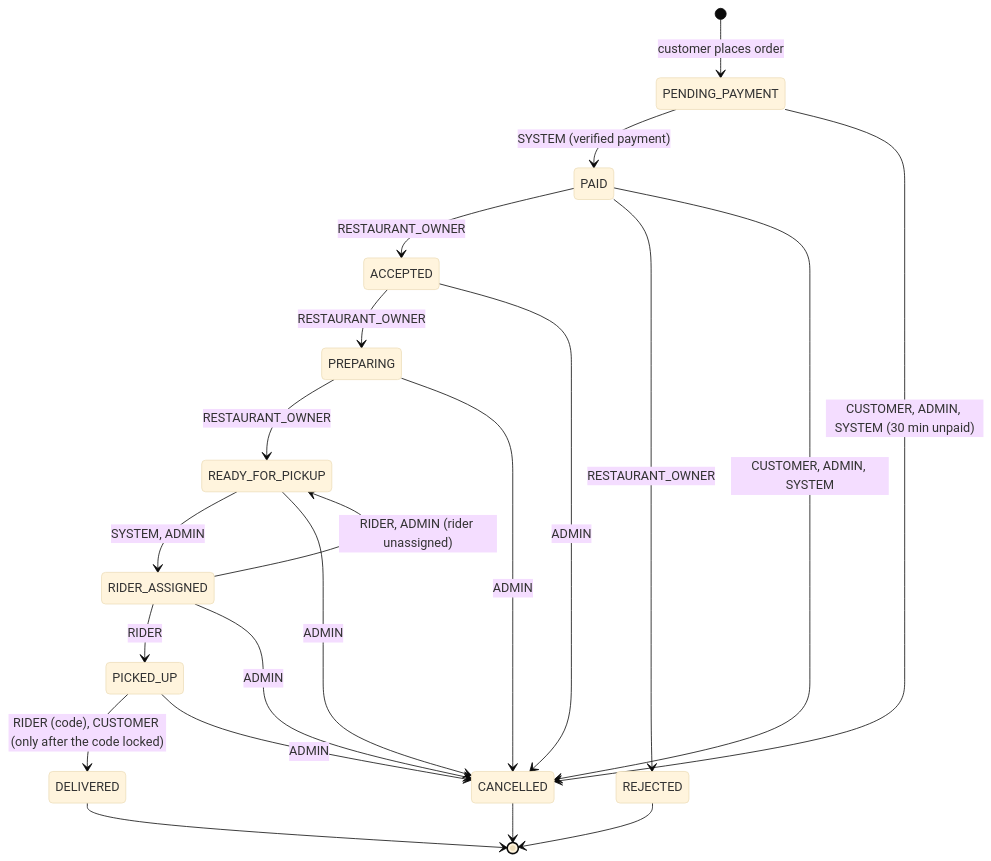
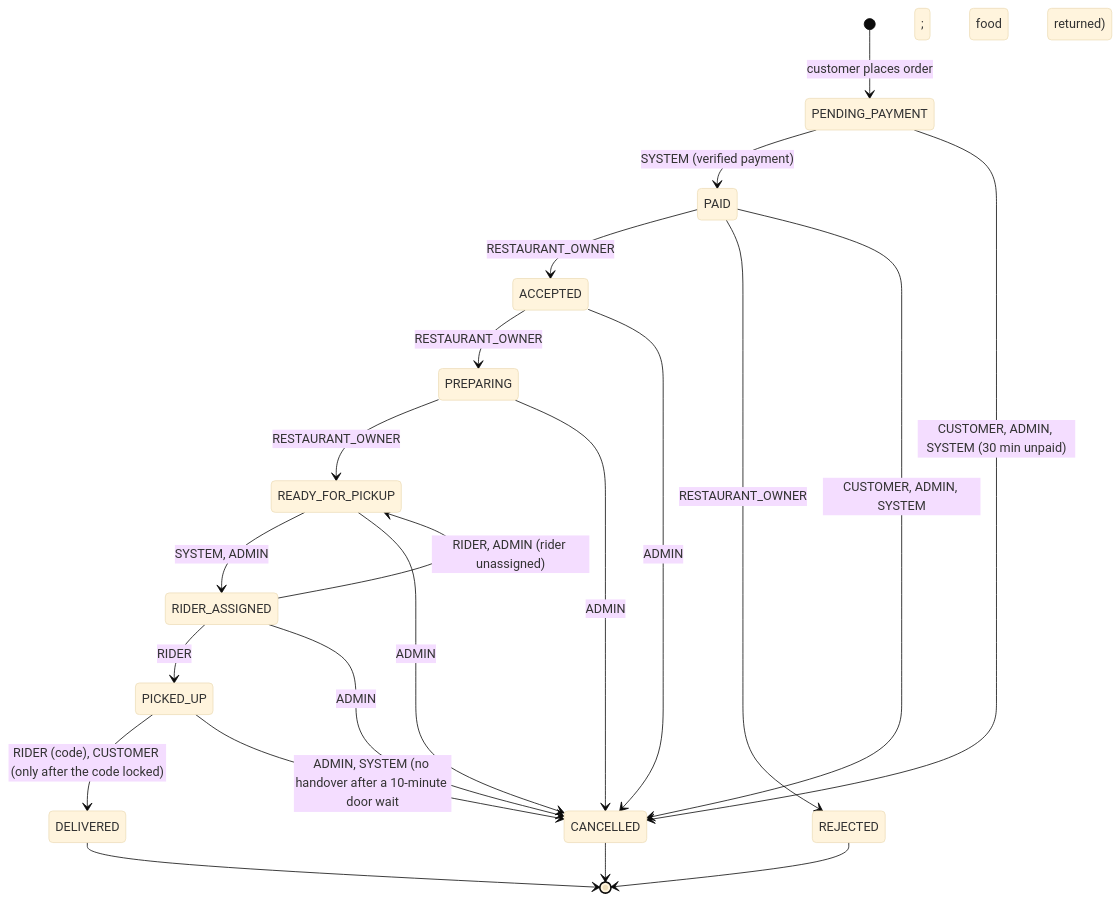
Before and after one commit to localcodetech/cibushub: the diagram in docs/order-state-machine.md, drawn with Mermaid (base theme). The commit also changed 43 other files, not shown here.

````diff
--- a/docs/order-state-machine.md
+++ b/docs/order-state-machine.md
@@ -5,23 +5,23 @@
 ```mermaid
 stateDiagram-v2
     [*] --> PENDING_PAYMENT : customer places order
     PENDING_PAYMENT --> PAID : SYSTEM (verified payment)
     PENDING_PAYMENT --> CANCELLED : CUSTOMER, ADMIN, SYSTEM (30 min unpaid)
     PAID --> ACCEPTED : RESTAURANT_OWNER
     PAID --> REJECTED : RESTAURANT_OWNER
     PAID --> CANCELLED : CUSTOMER, ADMIN, SYSTEM
     ACCEPTED --> PREPARING : RESTAURANT_OWNER
     PREPARING --> READY_FOR_PICKUP : RESTAURANT_OWNER
     READY_FOR_PICKUP --> RIDER_ASSIGNED : SYSTEM, ADMIN
     RIDER_ASSIGNED --> PICKED_UP : RIDER
     RIDER_ASSIGNED --> READY_FOR_PICKUP : RIDER, ADMIN (rider unassigned)
     PICKED_UP --> DELIVERED : RIDER (code), CUSTOMER (only after the code locked)
     ACCEPTED --> CANCELLED : ADMIN
     PREPARING --> CANCELLED : ADMIN
     READY_FOR_PICKUP --> CANCELLED : ADMIN
     RIDER_ASSIGNED --> CANCELLED : ADMIN
-    PICKED_UP --> CANCELLED : ADMIN
+    PICKED_UP --> CANCELLED : ADMIN, SYSTEM (no handover after a 10-minute door wait; food returned)
     DELIVERED --> [*]
     REJECTED --> [*]
     CANCELLED --> [*]
 ```
````
